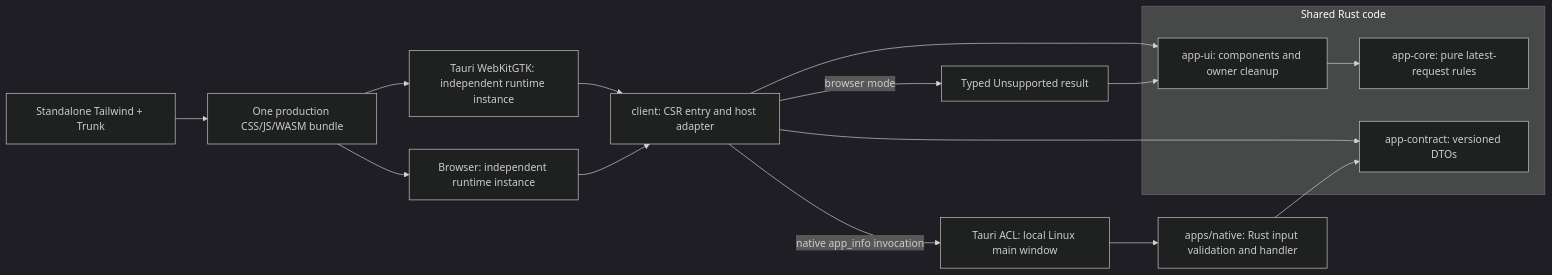
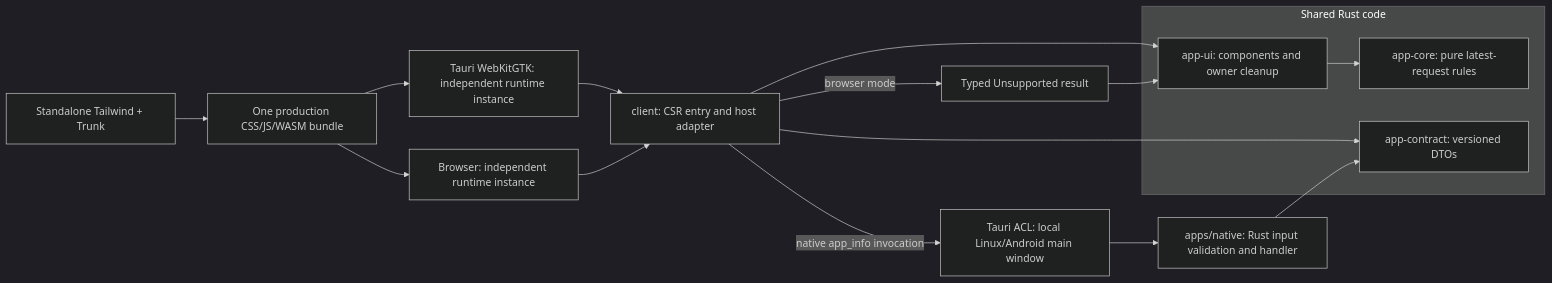
One commit to kmosoti/rust-ui-template changed the first of 8 diagrams in docs/architecture.md. Above: the diagram before and after it, drawn with Mermaid (dark theme). The commit also changed other lines of this file and 12 other files, not shown here.

````diff
--- a/docs/architecture.md
+++ b/docs/architecture.md
@@ -83,19 +83,19 @@
 ```mermaid
 flowchart LR
   subgraph shared[Shared Rust code]
     UI["app-ui: components and owner cleanup"] --> Core["app-core: pure latest-request rules"]
     DTO["app-contract: versioned DTOs"]
   end
   Client["client: CSR entry and host adapter"] --> UI
   Client --> DTO
   Client -->|browser mode| Unsupported["Typed Unsupported result"]
   Unsupported --> UI
-  Client -->|native app_info invocation| ACL["Tauri ACL: local Linux main window"]
+  Client -->|native app_info invocation| ACL["Tauri ACL: local Linux/Android main window"]
   ACL --> Host["apps/native: Rust input validation and handler"]
   Host --> DTO
   Build["Standalone Tailwind + Trunk"] --> Assets["One production CSS/JS/WASM bundle"]
   Assets --> Web["Browser: independent runtime instance"]
   Assets --> Desktop["Tauri WebKitGTK: independent runtime instance"]
   Desktop --> Client
   Web --> Client
 ```
````
